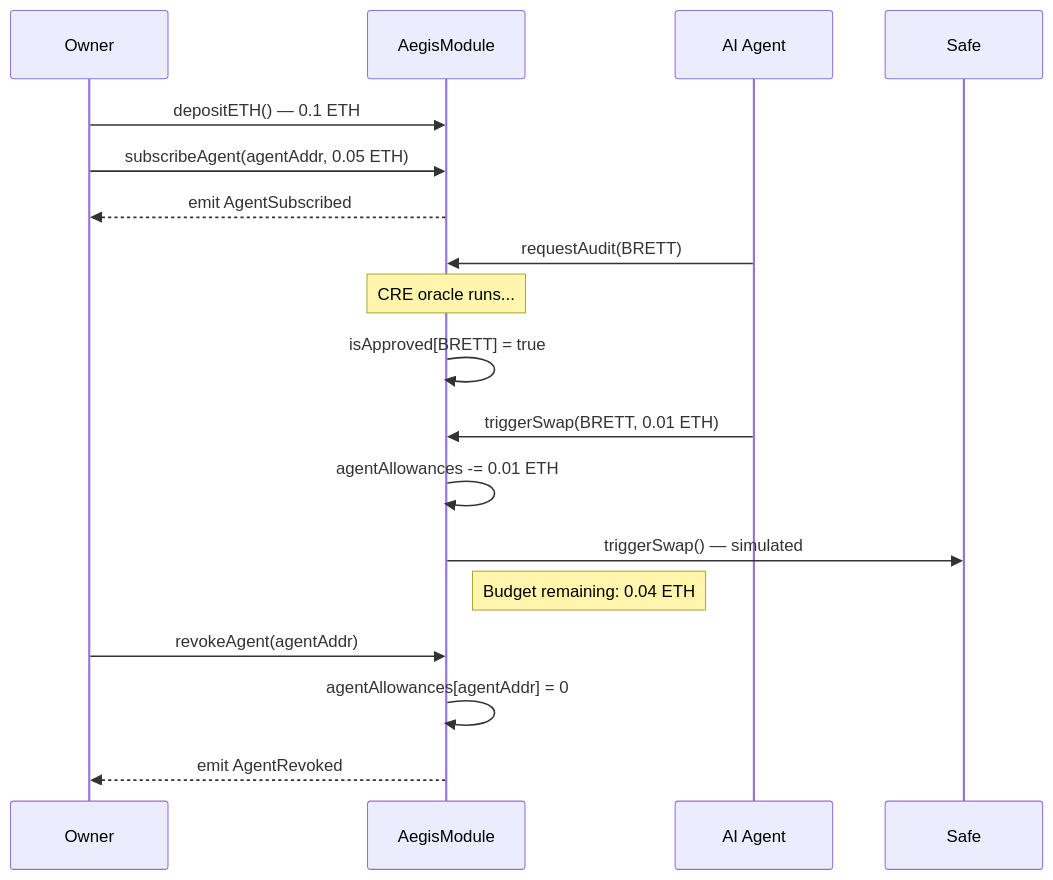
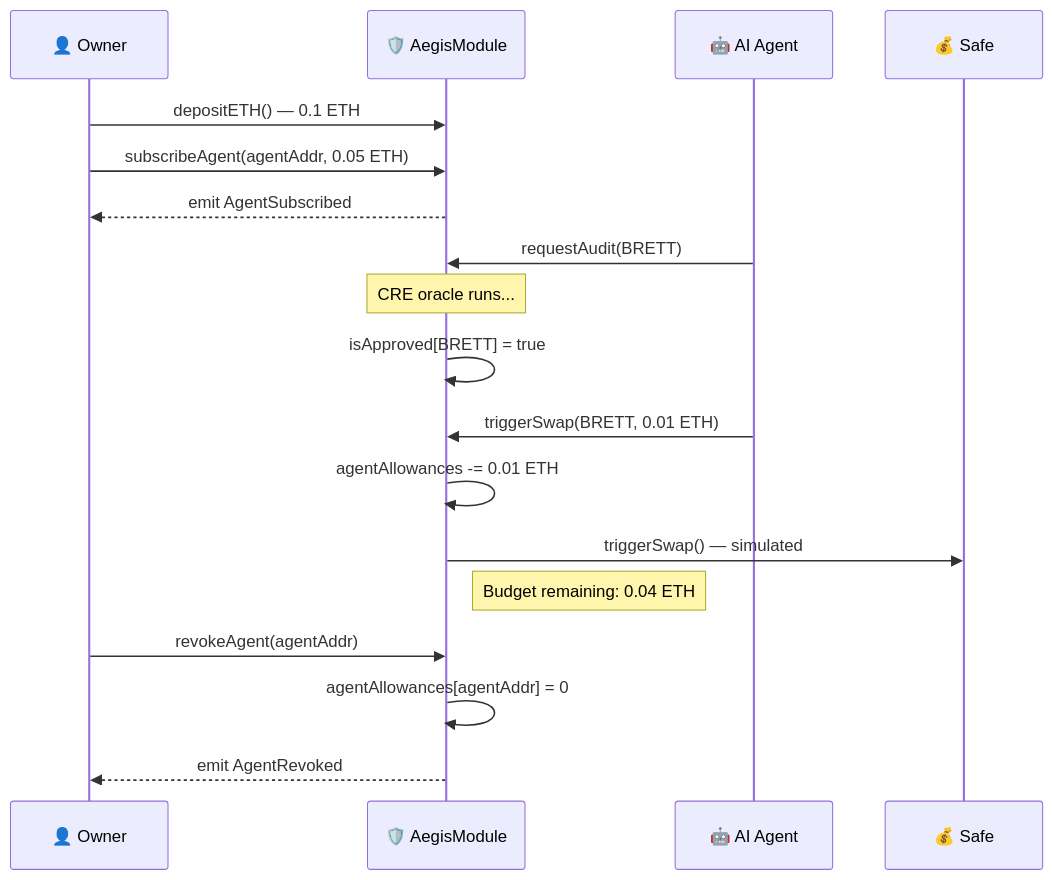
One commit to vjb/aegis-v4 changed the ninth of 12 diagrams in docs/ARCHITECTURE.md. Above: the diagram before and after it, drawn with Mermaid. The commit also changed other lines of this file and 5 other files, not shown here.

Commit message:
docs: full review pass — colored mermaid diagrams, fix test counts, add sample output links

````diff
--- a/docs/ARCHITECTURE.md
+++ b/docs/ARCHITECTURE.md
@@ -245,23 +306,24 @@
 ```mermaid
 sequenceDiagram
-    participant Owner
-    participant AM as AegisModule
-    participant Agent as AI Agent
+    participant Owner as 👤 Owner
+    participant AM as 🛡️ AegisModule
+    participant Agent as 🤖 AI Agent
+    participant Safe as 💰 Safe
 
     Owner->>AM: depositETH() — 0.1 ETH
     Owner->>AM: subscribeAgent(agentAddr, 0.05 ETH)
     AM-->>Owner: emit AgentSubscribed
 
     Agent->>AM: requestAudit(BRETT)
     Note over AM: CRE oracle runs...
     AM->>AM: isApproved[BRETT] = true
 
     Agent->>AM: triggerSwap(BRETT, 0.01 ETH)
     AM->>AM: agentAllowances -= 0.01 ETH
     AM->>Safe: triggerSwap() — simulated
     Note right of AM: Budget remaining: 0.04 ETH
 
     Owner->>AM: revokeAgent(agentAddr)
     AM->>AM: agentAllowances[agentAddr] = 0
     AM-->>Owner: emit AgentRevoked
 ```
````
